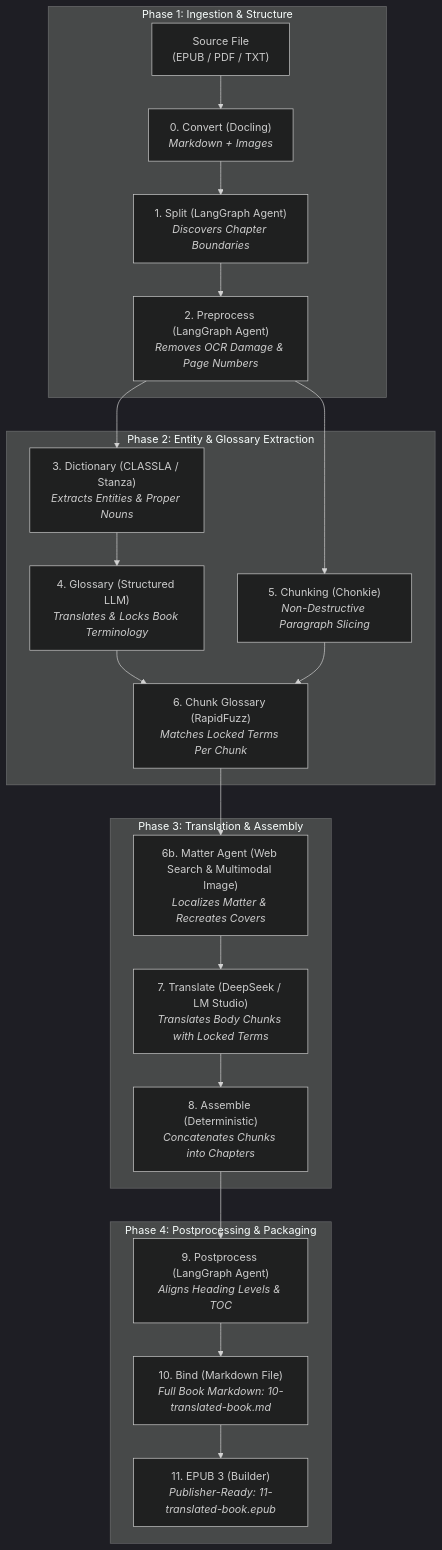
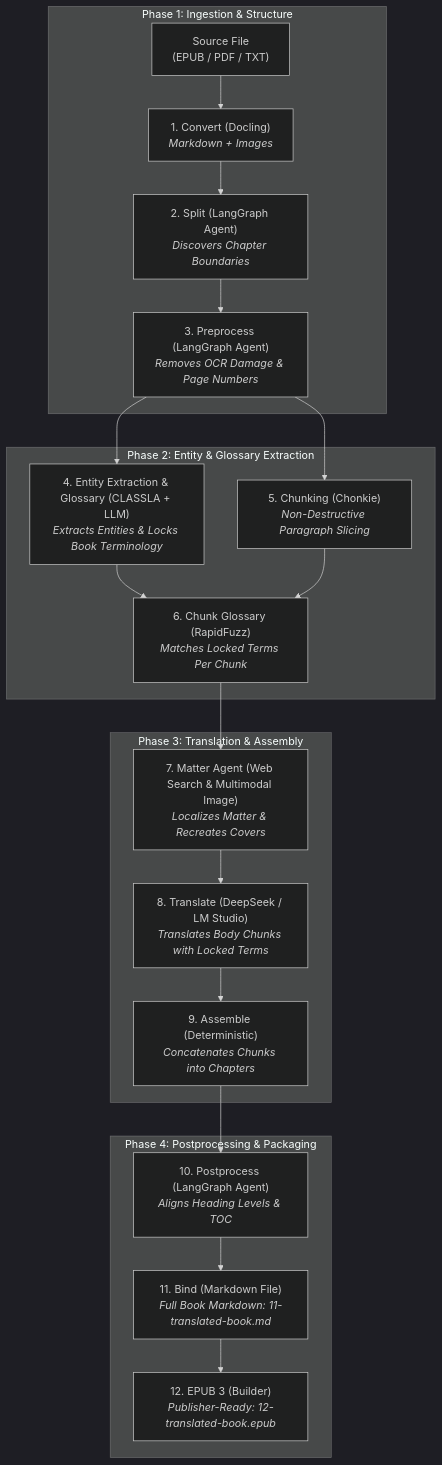
One commit to jovistos/blebel-ai-book-translator changed the diagram in README.md. Above: the diagram before and after it, drawn with Mermaid (dark theme). The commit also changed other lines of this file and 88 other files, not shown here.

First line of the commit message:
Refactor stage numbers in tests and update image paths

````diff
--- a/README.md
+++ b/README.md
@@ -70,27 +70,26 @@
 ```mermaid
 flowchart TD
     subgraph S_INGEST ["Phase 1: Ingestion & Structure"]
-        A["Source File<br/>(EPUB / PDF / TXT)"] --> S0["0. Convert (Docling)<br/><i>Markdown + Images</i>"]
-        S0 --> S1["1. Split (LangGraph Agent)<br/><i>Discovers Chapter Boundaries</i>"]
-        S1 --> S2["2. Preprocess (LangGraph Agent)<br/><i>Removes OCR Damage & Page Numbers</i>"]
+        A["Source File<br/>(EPUB / PDF / TXT)"] --> S1["1. Convert (Docling)<br/><i>Markdown + Images</i>"]
+        S1 --> S2["2. Split (LangGraph Agent)<br/><i>Discovers Chapter Boundaries</i>"]
+        S2 --> S3["3. Preprocess (LangGraph Agent)<br/><i>Removes OCR Damage & Page Numbers</i>"]
     end
 
     subgraph S_GLOSSARY ["Phase 2: Entity & Glossary Extraction"]
-        S2 --> S3["3. Dictionary (CLASSLA / Stanza)<br/><i>Extracts Entities & Proper Nouns</i>"]
-        S3 --> S4["4. Glossary (Structured LLM)<br/><i>Translates & Locks Book Terminology</i>"]
-        S2 --> S5["5. Chunking (Chonkie)<br/><i>Non-Destructive Paragraph Slicing</i>"]
+        S3 --> S4["4. Entity Extraction & Glossary (CLASSLA + LLM)<br/><i>Extracts Entities & Locks Book Terminology</i>"]
+        S3 --> S5["5. Chunking (Chonkie)<br/><i>Non-Destructive Paragraph Slicing</i>"]
         S4 & S5 --> S6["6. Chunk Glossary (RapidFuzz)<br/><i>Matches Locked Terms Per Chunk</i>"]
     end
 
     subgraph S_TRANSLATE ["Phase 3: Translation & Assembly"]
-        S6 --> S6b["6b. Matter Agent (Web Search & Multimodal Image)<br/><i>Localizes Matter & Recreates Covers</i>"]
-        S6b --> S7["7. Translate (DeepSeek / LM Studio)<br/><i>Translates Body Chunks with Locked Terms</i>"]
-        S7 --> S8["8. Assemble (Deterministic)<br/><i>Concatenates Chunks into Chapters</i>"]
+        S6 --> S7["7. Matter Agent (Web Search & Multimodal Image)<br/><i>Localizes Matter & Recreates Covers</i>"]
+        S7 --> S8["8. Translate (DeepSeek / LM Studio)<br/><i>Translates Body Chunks with Locked Terms</i>"]
+        S8 --> S9["9. Assemble (Deterministic)<br/><i>Concatenates Chunks into Chapters</i>"]
     end
 
     subgraph S_FINALIZE ["Phase 4: Postprocessing & Packaging"]
-        S8 --> S9["9. Postprocess (LangGraph Agent)<br/><i>Aligns Heading Levels & TOC</i>"]
-        S9 --> S10["10. Bind (Markdown File)<br/><i>Full Book Markdown: 10-translated-book.md</i>"]
-        S10 --> S11["11. EPUB 3 (Builder)<br/><i>Publisher-Ready: 11-translated-book.epub</i>"]
+        S9 --> S10["10. Postprocess (LangGraph Agent)<br/><i>Aligns Heading Levels & TOC</i>"]
+        S10 --> S11["11. Bind (Markdown File)<br/><i>Full Book Markdown: 11-translated-book.md</i>"]
+        S11 --> S12["12. EPUB 3 (Builder)<br/><i>Publisher-Ready: 12-translated-book.epub</i>"]
     end
 ```
````
